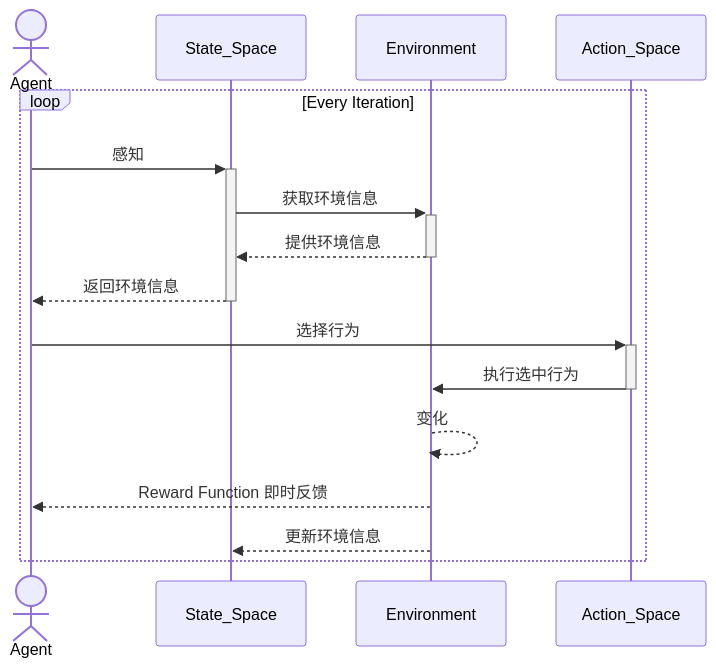
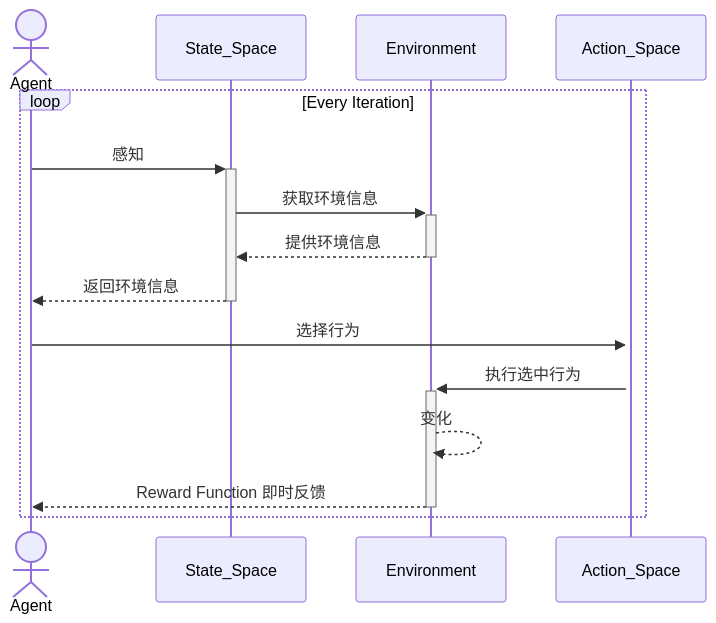
The diagram in Machine Learning/Reinforcement Learning/Brief Introduction.md (NeonHo/CSMLNotebook), drawn with Mermaid before and after one commit.

Commit message:
vault backup: 2025-02-23 11:20:18
Affected files:
Machine Learning/Reinforcement Learning/Brief Introduction.md

````diff
--- a/Machine Learning/Reinforcement Learning/Brief Introduction.md
+++ b/Machine Learning/Reinforcement Learning/Brief Introduction.md
@@ -2,15 +2,14 @@
 ```mermaid
 sequenceDiagram
 	actor Agent
     loop Every Iteration
 	    Agent->>+State_Space: 感知
 	    State_Space->>+Environment: 获取环境信息
 	    Environment-->>-State_Space: 提供环境信息
 	    State_Space-->>-Agent: 返回环境信息
 		Agent->>+Action_Space: 选择行为
-		Action_Space->>-Environment: 执行选中行为	
+		Action_Space->>+Environment: 执行选中行为	
 		Environment-->>Environment: 变化
-	    Environment-->>Agent: Reward Function 即时反馈
-	    Environment-->>State_Space: 更新环境信息
+	    Environment-->>-Agent: Reward Function 即时反馈
     end
 ```
````
